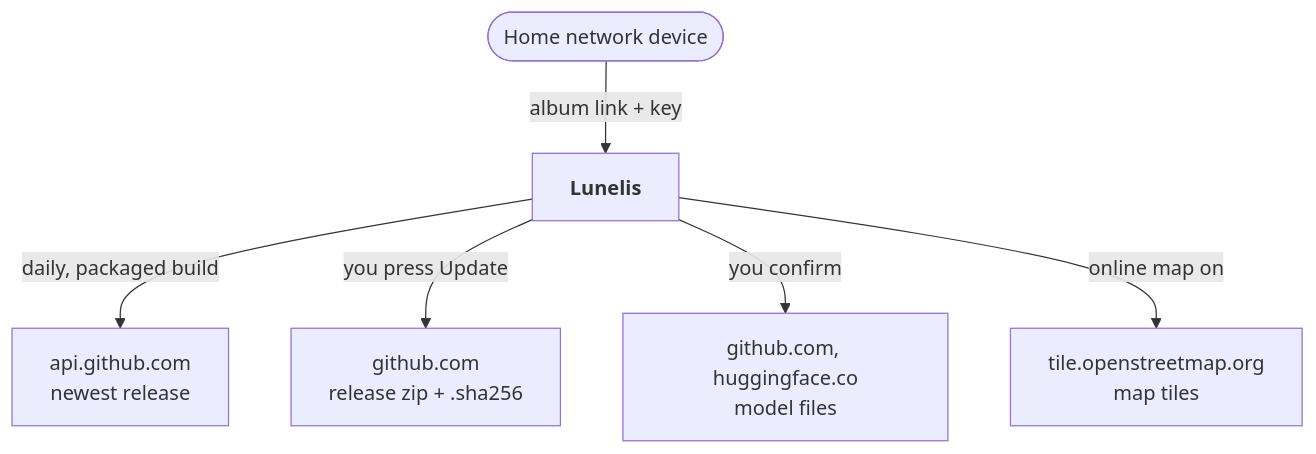
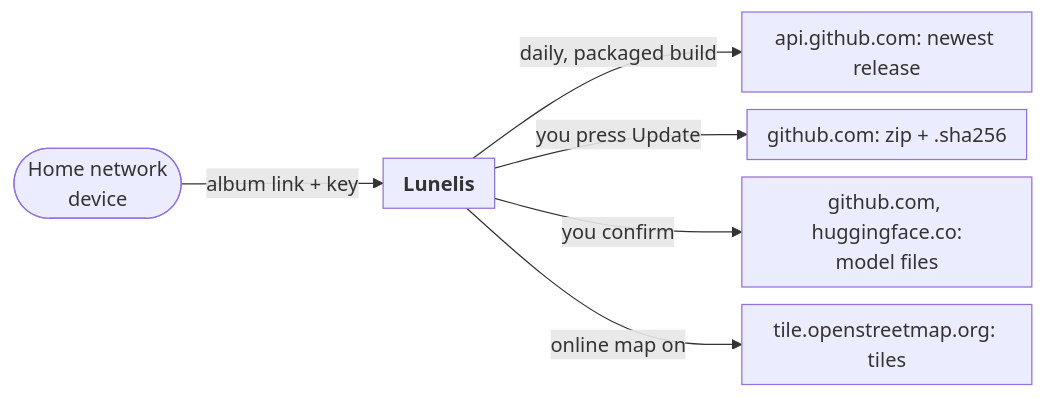
One commit to AxialForge/Lunelis changed diagram 14 of 14 in docs/src/dataflow-lunelis.md. Above: the diagram before and after it, drawn with Mermaid. The commit also changed other lines of this file and 3 other files, not shown here.

Commit message:
Kit: keep table header and last rows with their neighbours, taller figures, diagram and table guidance in the style guide

````diff
--- a/docs/src/dataflow-lunelis.md
+++ b/docs/src/dataflow-lunelis.md
@@ -542,9 +446,9 @@
-```mermaid Network use. Four outbound hosts, each started by a setting or a click, and one inbound path that never leaves the home network.
-flowchart TD
-  app["<b>Lunelis</b>"]
-  app -- "daily, packaged build" --> a["api.github.com<br/>newest release"]
-  app -- "you press Update" --> b["github.com<br/>release zip + .sha256"]
-  app -- "you confirm" --> c["github.com, huggingface.co<br/>model files"]
-  app -- "online map on" --> d["tile.openstreetmap.org<br/>map tiles"]
-  lan(["Home network device"]) -- "album link + key" --> app
+```mermaid Network use. Four outbound hosts, each started by a setting or a click, and one inbound path that stays on the home network.
+%%{init: {"flowchart": {"rankSpacing": 40, "nodeSpacing": 14, "padding": 8}}}%%
+flowchart LR
+  lan(["Home network<br/>device"]) -- "album link + key" --> app["<b>Lunelis</b>"]
+  app -- "daily, packaged build" --> a["api.github.com: newest release"]
+  app -- "you press Update" --> b["github.com: zip + .sha256"]
+  app -- "you confirm" --> c["github.com, huggingface.co:<br/>model files"]
+  app -- "online map on" --> d["tile.openstreetmap.org: tiles"]
 ```
````
